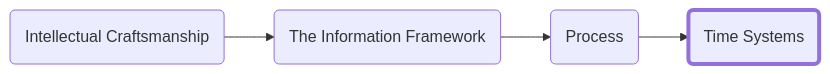
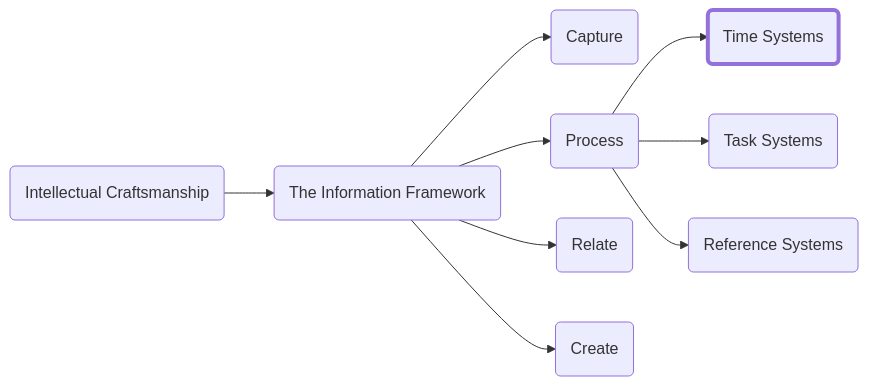
The diagram in _posts/2023-01-05-timesystems.md (forrestpitz/forrestpitz.github.io), drawn with Mermaid before and after one commit. The commit also changed other lines of this file and 20 other files, not shown here.

````diff
--- a/_posts/2023-01-05-timesystems.md
+++ b/_posts/2023-01-05-timesystems.md
@@ -11,10 +40,21 @@
 ```mermaid
 graph LR;
-  A(Intellectual Craftsmanship)-->B(The Information Framework)-->C(Process)-->D(Time Systems)
+  A(Intellectual Craftsmanship)-->B(The Information Framework)
+  B-->C(Capture)
+  B-->G(Process)
+  G-->D(Time Systems)
+  G-->E(Task Systems)
+  G-->F(Reference Systems)
+  B-->H(Relate)
+  B-->I(Create)
 
   style D stroke-width:4px
 
   click A "{% post_url 2023-01-05-intro %}"
   click B "{% post_url 2023-01-05-info-framework %}"
-  click C "{% post_url 2023-01-05-process %}"
+  click C "{% post_url 2023-01-05-capture %}"
+  click E "{% post_url 2023-01-05-tasksystems %}"
+  click F "{% post_url 2023-01-05-referencesystems %}"
+  click H "{% post_url 2023-01-05-relate %}"
+  click I "{% post_url 2023-01-05-create %}"
 ```
````
